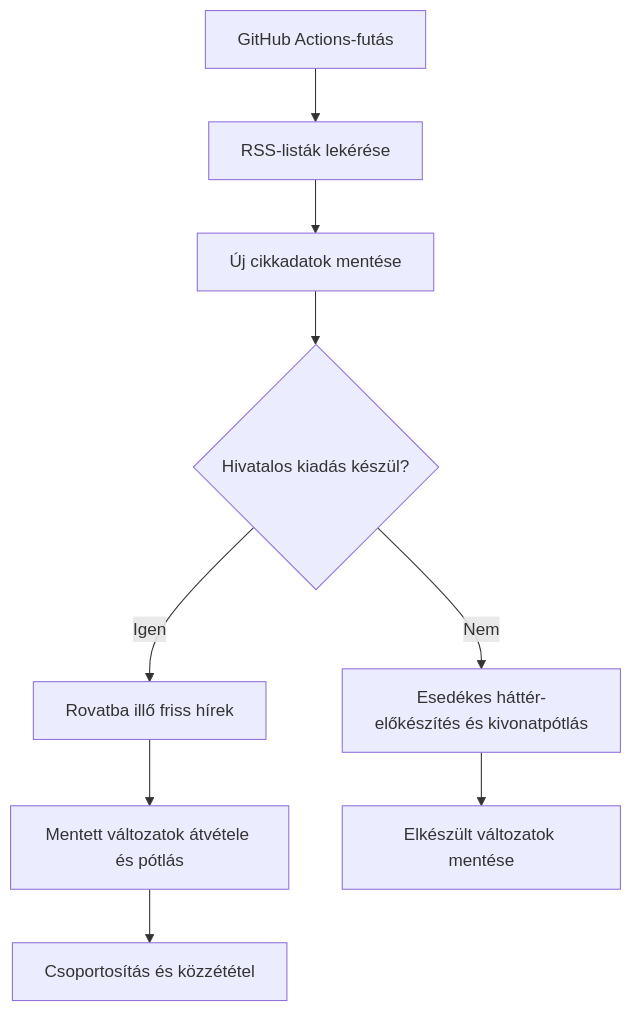
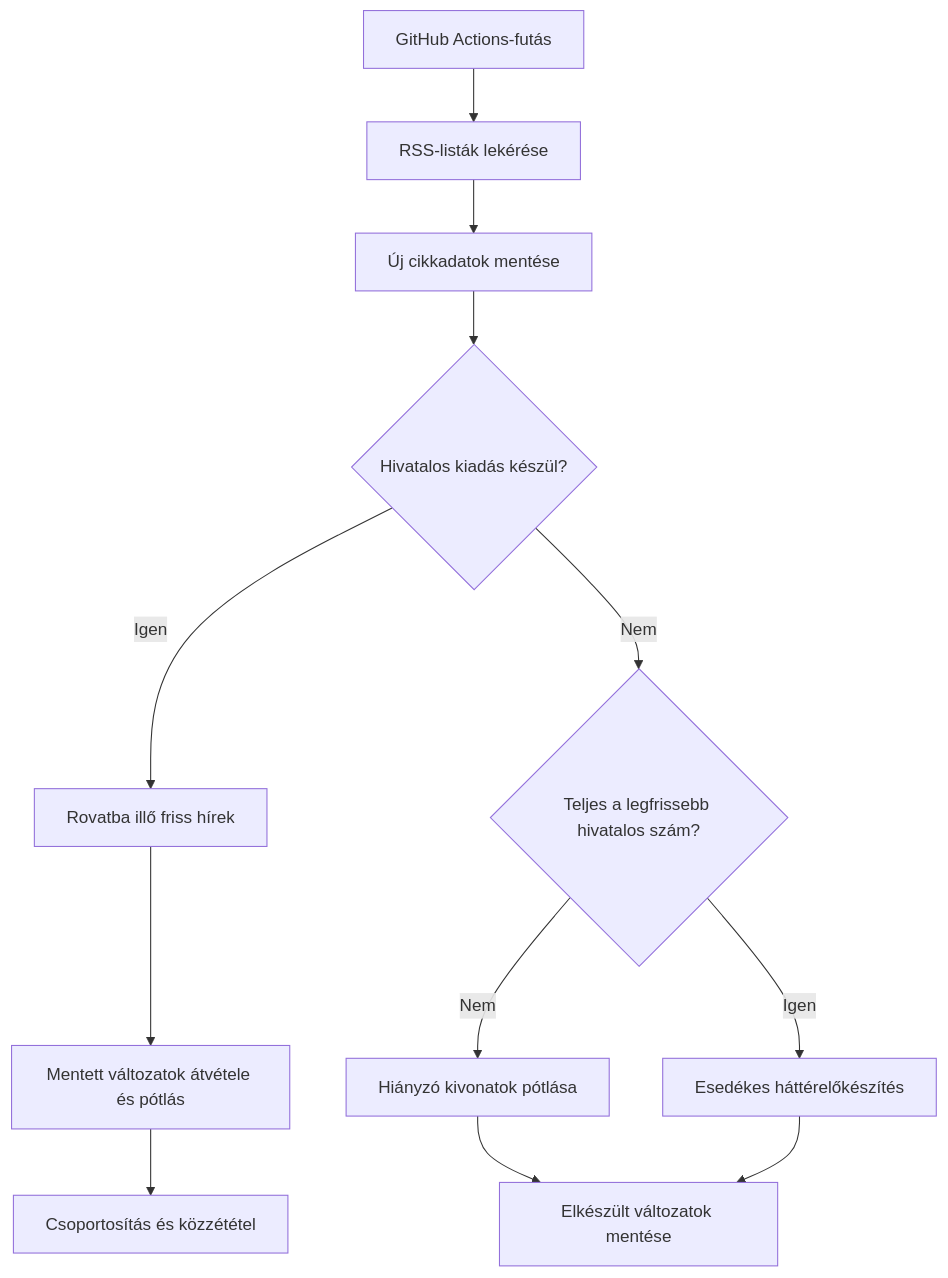
The second of 6 diagrams in Dokumentumok/NANONews-mukodesi-leiras.md (ngynrbrt-prog/nanonews), drawn with Mermaid before and after one commit. The commit also changed other lines of this file, not shown here.

Commit message:
Document NANONews style preparation priority

````diff
--- a/Dokumentumok/NANONews-mukodesi-leiras.md
+++ b/Dokumentumok/NANONews-mukodesi-leiras.md
@@ -118,11 +120,14 @@
 ```mermaid
 flowchart TD
   run["GitHub Actions-futás"] --> rss["RSS-listák lekérése"]
   rss --> inbox["Új cikkadatok mentése"]
   inbox --> issue{"Hivatalos kiadás készül?"}
   issue -->|Igen| select["Rovatba illő friss hírek"]
   select --> reuse["Mentett változatok átvétele és pótlás"]
   reuse --> group["Csoportosítás és közzététel"]
-  issue -->|Nem| prepare["Esedékes háttér-előkészítés és kivonatpótlás"]
-  prepare --> save["Elkészült változatok mentése"]
+  issue -->|Nem| complete{"Teljes a legfrissebb hivatalos szám?"}
+  complete -->|Nem| backfill["Hiányzó kivonatok pótlása"]
+  complete -->|Igen| prepare["Esedékes háttérelőkészítés"]
+  backfill --> save["Elkészült változatok mentése"]
+  prepare --> save
 ```
````
